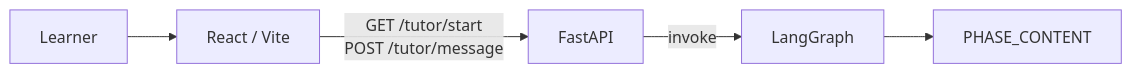
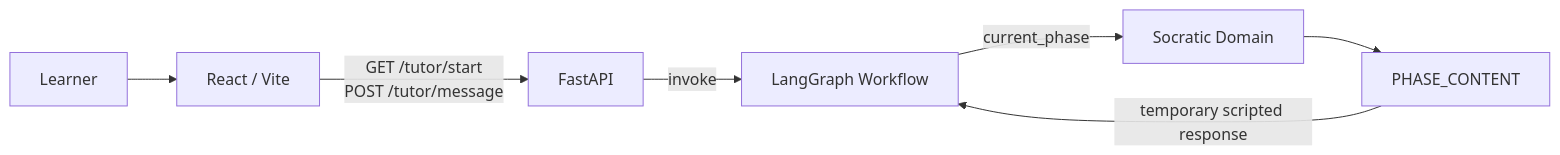
One commit to anissawilliams/socratic_agentic_ai changed the first of 3 diagrams in README.md. Above: the diagram before and after it, drawn with Mermaid. The commit also changed other lines of this file, not shown here.

Commit message:
Updated sys arch readme after refactoring graph / nodes / socratic phases

````diff
--- a/README.md
+++ b/README.md
@@ -25,14 +26,16 @@
 ```mermaid
 graph LR;
     learner["Learner"];
     ui["React / Vite"];
     api["FastAPI"];
-    graphNode["LangGraph"];
+    graphNode["LangGraph Workflow"];
+    domain["Socratic Domain"];
     content["PHASE_CONTENT"];
 
     learner --> ui;
     ui -->|"GET /tutor/start<br/>POST /tutor/message"| api;
     api -->|"invoke"| graphNode;
-    graphNode --> content;
-
+    graphNode -->|"current_phase"| domain;
+    domain --> content;
+    content -->|"temporary scripted response"| graphNode;
 ```
````
